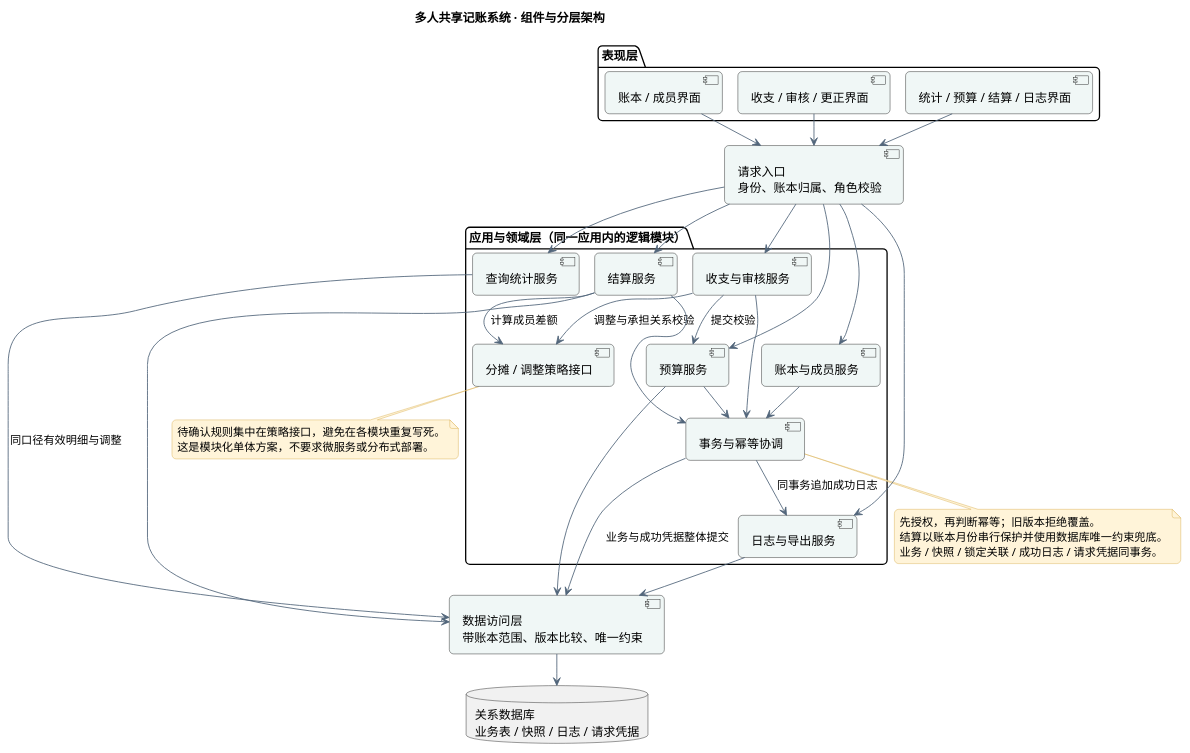
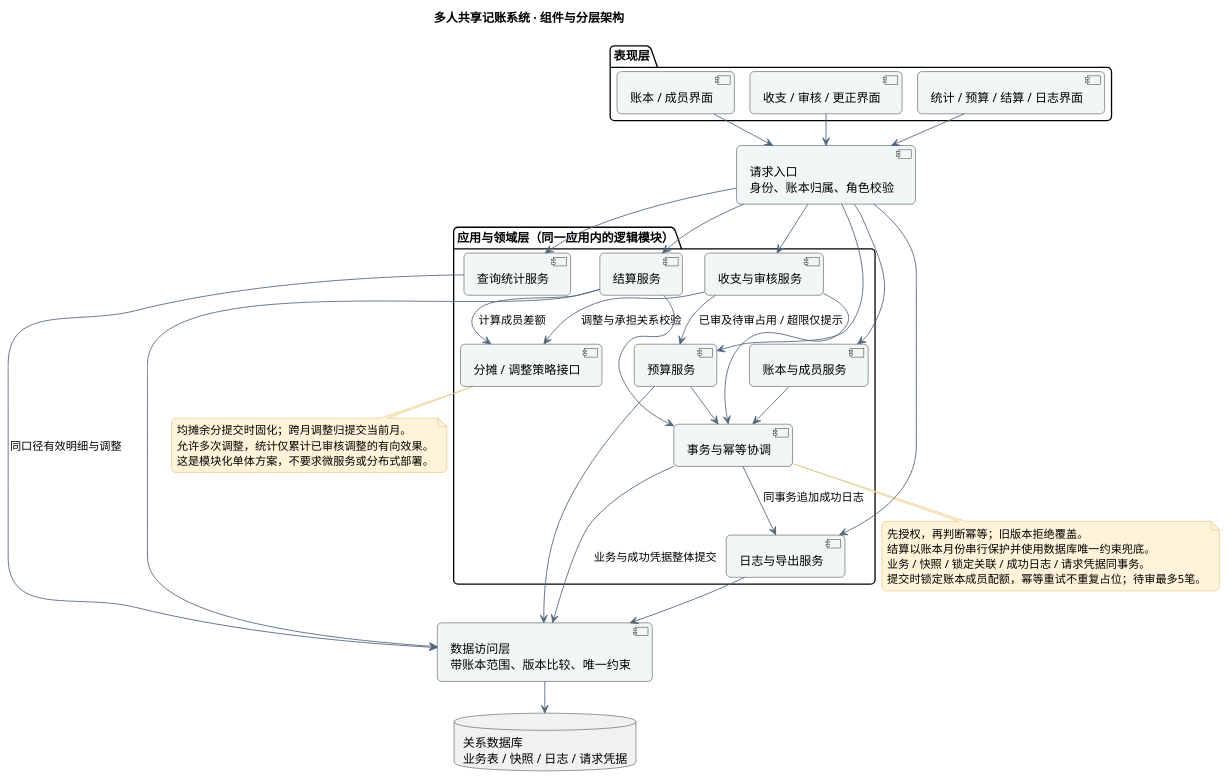
Before and after one commit to wuyi0928/MyCS_NJU: the diagram in 软件工程/实验2_251220152_魏楚航/UML/02_组件图.puml, drawn with PlantUML. The commit also changed 20 other files, not shown here.

```diff
--- a/软件工程/实验2_251220152_魏楚航/UML/02_组件图.puml
+++ b/软件工程/实验2_251220152_魏楚航/UML/02_组件图.puml
@@ -1,67 +1,69 @@
 @startuml
 !pragma layout smetana
 skinparam defaultFontName Microsoft YaHei
 skinparam backgroundColor #FFFFFF
 skinparam shadowing false
 skinparam ArrowColor #52667B
 skinparam classBackgroundColor #F0F7F6
 skinparam classBorderColor #267568
 skinparam componentBackgroundColor #F0F7F6
 skinparam noteBackgroundColor #FFF4D9
 skinparam noteBorderColor #D8AA49
 skinparam roundcorner 10
 skinparam nodesep 70
 skinparam ranksep 85
 title 多人共享记账系统 · 组件与分层架构
 top to bottom direction
 package "表现层" {
   component "账本 / 成员界面" as V1
   component "收支 / 审核 / 更正界面" as V2
   component "统计 / 预算 / 结算 / 日志界面" as V3
 }
 component "请求入口\n身份、账本归属、角色校验" as Auth
 package "应用与领域层（同一应用内的逻辑模块）" {
   component "账本与成员服务" as M
   component "收支与审核服务" as E
   component "预算服务" as B
   component "查询统计服务" as Q
   component "结算服务" as S
   component "分摊 / 调整策略接口" as P
   component "日志与导出服务" as A
   component "事务与幂等协调" as T
 }
 component "数据访问层\n带账本范围、版本比较、唯一约束" as R
 database "关系数据库\n业务表 / 快照 / 日志 / 请求凭据" as DB
 V1 --> Auth
 V2 --> Auth
 V3 --> Auth
 Auth --> M
 Auth --> E
 Auth --> Q
 Auth --> B
 Auth --> S
 Auth --> A
-E --> B : 提交校验
+E --> B : 已审及待审占用 / 超限仅提示
 E --> P : 调整与承担关系校验
 S --> P : 计算成员差额
 Q --> R : 同口径有效明细与调整
 M --> T
 E --> T
 B --> T
 S --> T
 T --> A : 同事务追加成功日志
 T --> R : 业务与成功凭据整体提交
 A --> R
 B --> R
 S --> R
 R --> DB
 note bottom of T
 先授权，再判断幂等；旧版本拒绝覆盖。
 结算以账本月份串行保护并使用数据库唯一约束兜底。
 业务 / 快照 / 锁定关联 / 成功日志 / 请求凭据同事务。
+提交时锁定账本成员配额，幂等重试不重复占位；待审最多5笔。
 end note
 note bottom of P
-待确认规则集中在策略接口，避免在各模块重复写死。
+均摊余分提交时固化；跨月调整归提交当前月。
+允许多次调整，统计仅累计已审核调整的有向效果。
 这是模块化单体方案，不要求微服务或分布式部署。
 end note
 @enduml
```
